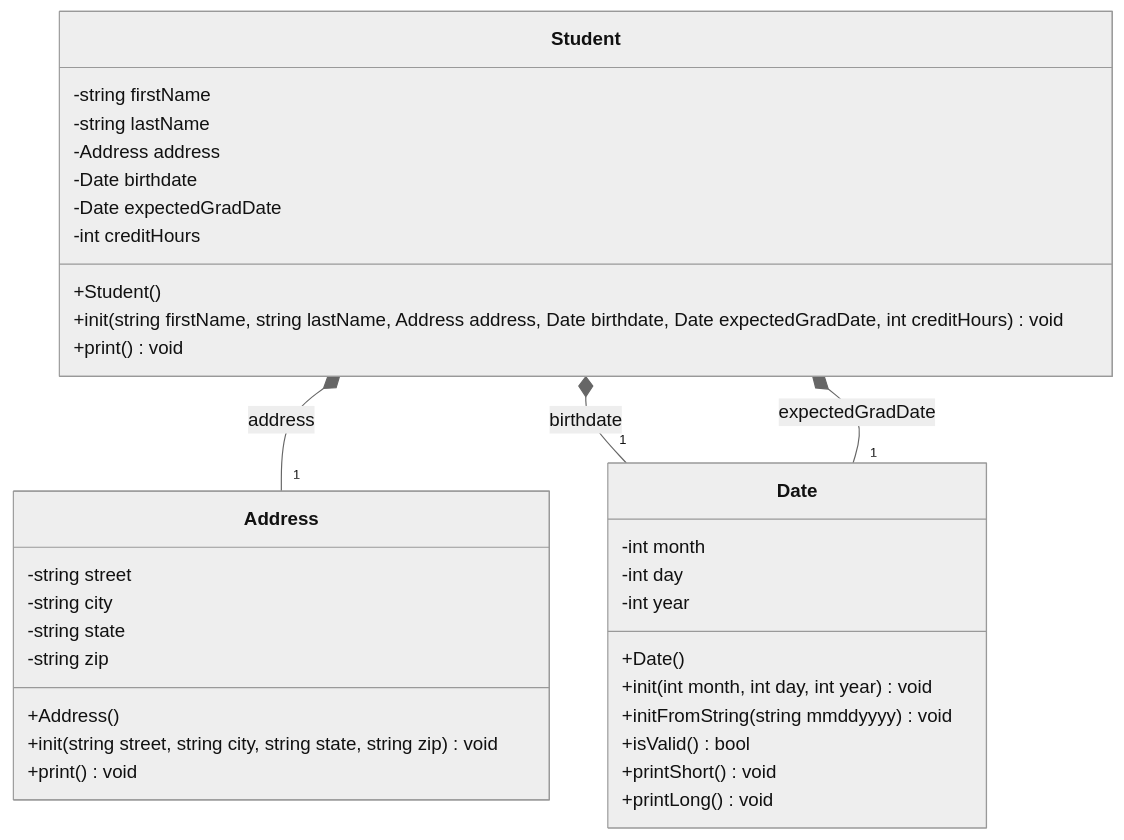
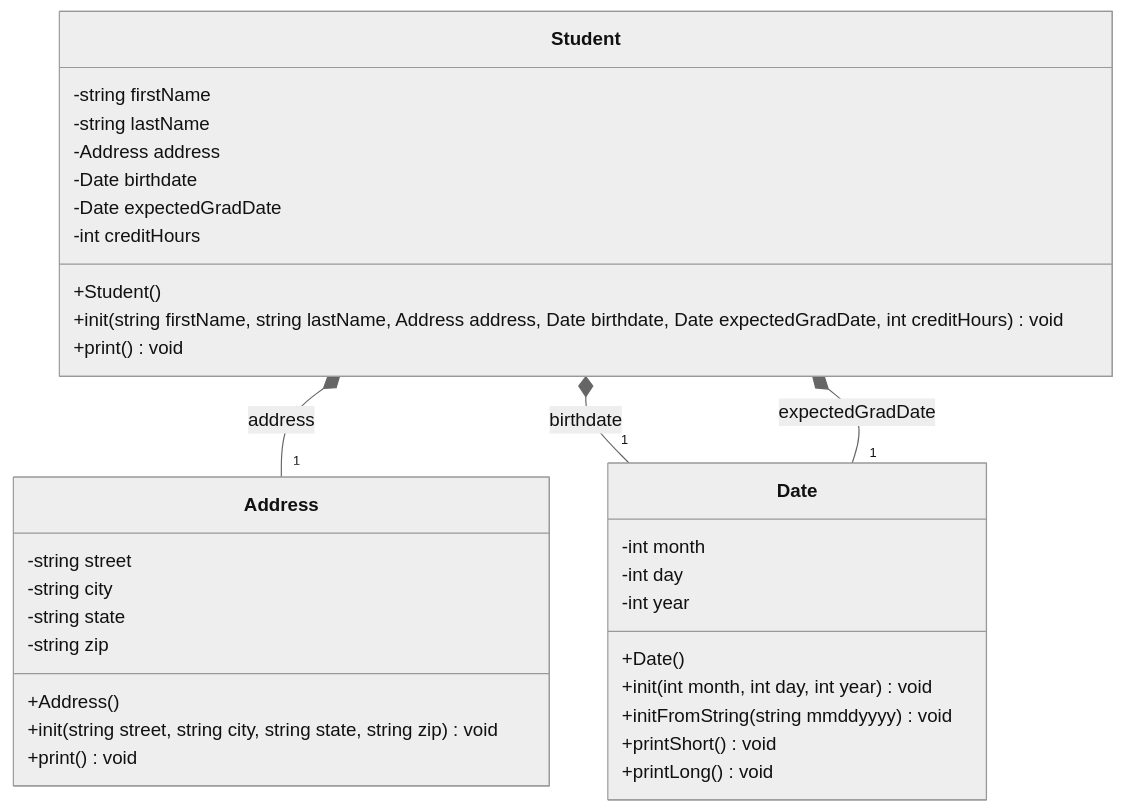
The diagram in README.md (brozone700/CompSci121HeapOfStudents), drawn with Mermaid (neutral theme) before and after one commit.

````diff
--- a/README.md
+++ b/README.md
@@ -3,40 +3,39 @@
 ```mermaid
 classDiagram
     class Date {
         -int month
         -int day
         -int year
         +Date()
         +init(int month, int day, int year) void
         +initFromString(string mmddyyyy) void
-        +isValid() bool
         +printShort() void
         +printLong() void
     }
 
     class Address {
         -string street
         -string city
         -string state
         -string zip
         +Address()
         +init(string street, string city, string state, string zip) void
         +print() void
     }
 
     class Student {
         -string firstName
         -string lastName
         -Address address
         -Date birthdate
         -Date expectedGradDate
         -int creditHours
         +Student()
         +init(string firstName, string lastName, Address address, Date birthdate, Date expectedGradDate, int creditHours) void
         +print() void
     }
 
     Student *-- "1" Address : address
     Student *-- "1" Date : birthdate
     Student *-- "1" Date : expectedGradDate
 ```
````
